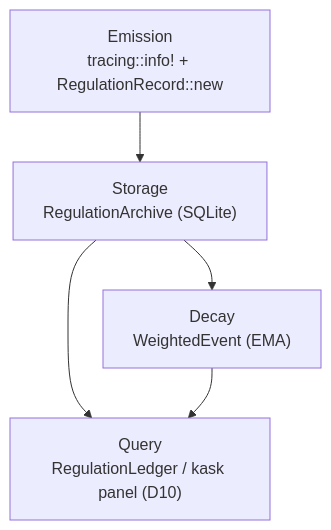
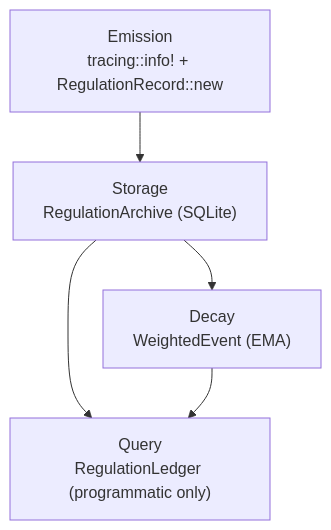
One commit to mdz-axo/zed-kask changed the diagram in kask/docs/reference/regulation-spans.md. Above: the diagram before and after it, drawn with Mermaid. The commit also changed other lines of this file and 31 other files, not shown here.

````diff
--- a/kask/docs/reference/regulation-spans.md
+++ b/kask/docs/reference/regulation-spans.md
@@ -266,12 +266,12 @@
 ```mermaid
 flowchart TD
     Emit["Emission\ntracing::info! + RegulationRecord::new"]
     Store["Storage\nRegulationArchive (SQLite)"]
-    Query["Query\nRegulationLedger / kask panel (D10)"]
+    Query["Query\nRegulationLedger (programmatic only)"]
     Decay["Decay\nWeightedEvent (EMA)"]
 
     Emit --> Store
     Store --> Query
     Store --> Decay
     Decay --> Query
 ```
````
